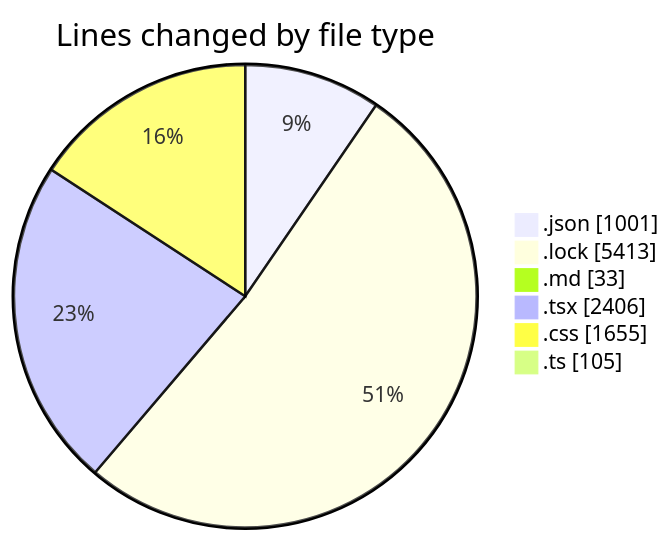
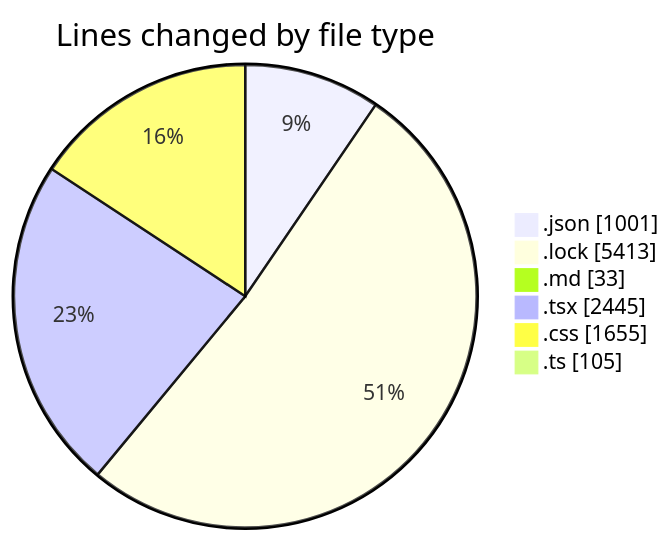
The first of 2 diagrams in 2025-08-11/ribbon/README.md (EIIisD/code-tracking), drawn with Mermaid before and after one commit. The commit also changed other lines of this file and 1 other file, not shown here.

````diff
--- a/2025-08-11/ribbon/README.md
+++ b/2025-08-11/ribbon/README.md
@@ -44,10 +44,10 @@
 ```mermaid
 pie showData
 title Lines changed by file type
 ".json" : 1001
 ".lock" : 5413
 ".md" : 33
-".tsx" : 2406
+".tsx" : 2445
 ".css" : 1655
 ".ts" : 105
 ```
````
